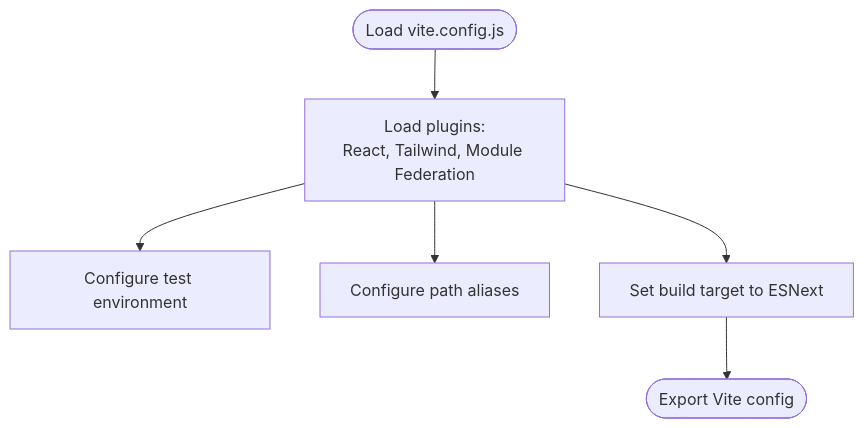
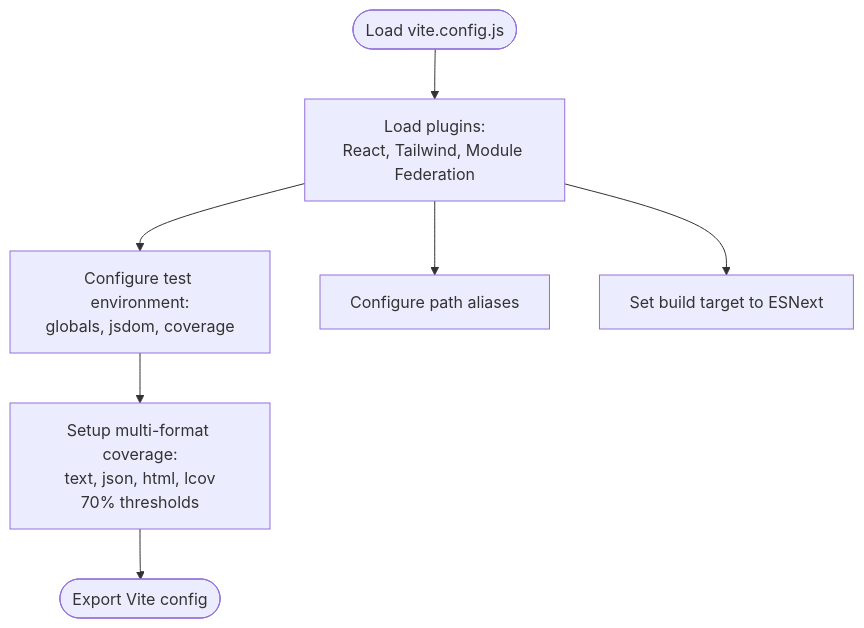
The third of 11 diagrams in .qoder/repowiki/en/content/Core Architecture/Build Configuration.md (DoVuDung/cv-portfolio-builder), drawn with Mermaid before and after one commit. The commit also changed other lines of this file and 26 other files, not shown here.

First line of the commit message:
docs(agent): update AI Agent System with MCP tool architecture and CV Builder integration

````diff
--- a/.qoder/repowiki/en/content/Core Architecture/Build Configuration.md
+++ b/.qoder/repowiki/en/content/Core Architecture/Build Configuration.md
@@ -166,8 +222,9 @@
 ```mermaid
 flowchart TD
 Start(["Load vite.config.js"]) --> Plugins["Load plugins:<br/>React, Tailwind, Module Federation"]
-Plugins --> TestCfg["Configure test environment"]
+Plugins --> TestCfg["Configure test environment:<br/>globals, jsdom, coverage"]
+TestCfg --> Coverage["Setup multi-format coverage:<br/>text, json, html, lcov<br/>70% thresholds"]
 Plugins --> Resolve["Configure path aliases"]
 Plugins --> BuildTarget["Set build target to ESNext"]
-BuildTarget --> End(["Export Vite config"])
+Coverage --> End(["Export Vite config"])
 ```
````
